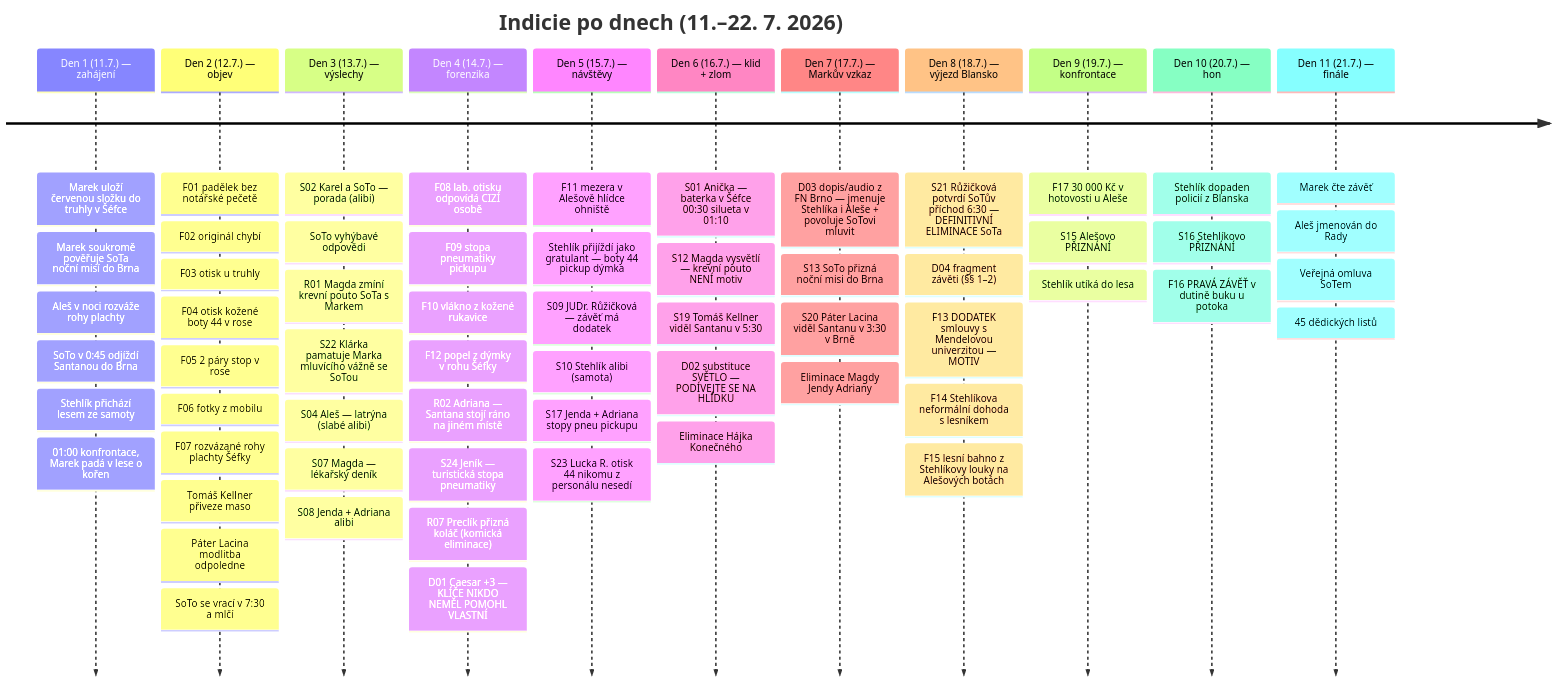
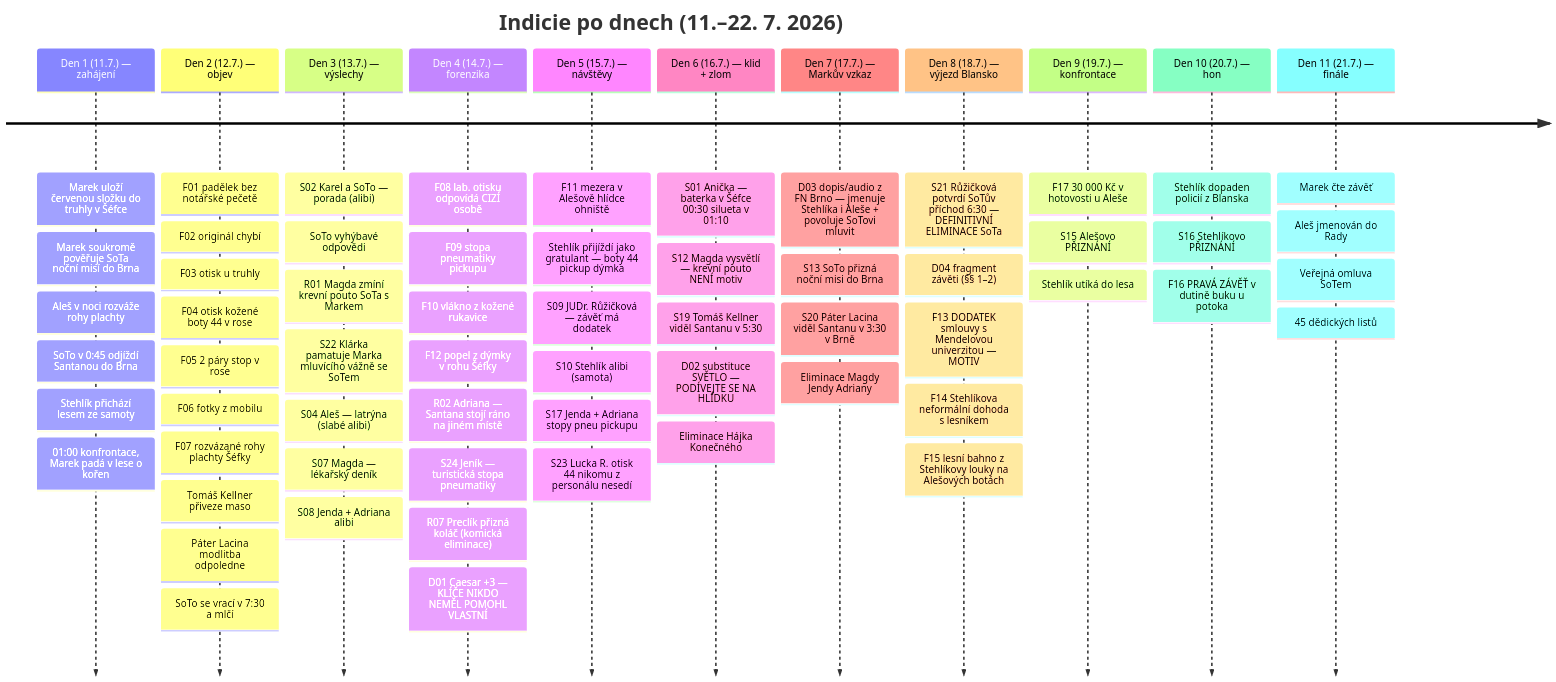
Before and after one commit to sotoniak/tabor_2026: the first of 4 diagrams in 16_STOPY_VIZUAL.md, drawn with Mermaid. The commit also changed other lines of this file and 13 other files, not shown here.

First line of the commit message:
Přejmenovat Tony → SoTo + skloňování SoTou → SoTem

````diff
--- a/16_STOPY_VIZUAL.md
+++ b/16_STOPY_VIZUAL.md
@@ -16,15 +16,15 @@
 ```mermaid
 timeline
     title Indicie po dnech (11.–22. 7. 2026)
     Den 1 (11.7.) — zahájení : Marek uloží červenou složku do truhly v Šéfce : Marek soukromě pověřuje SoTa noční misí do Brna : Aleš v noci rozváže rohy plachty : SoTo v 0:45 odjíždí Santanou do Brna : Stehlík přichází lesem ze samoty : 01:00 konfrontace, Marek padá v lese o kořen
     Den 2 (12.7.) — objev : F01 padělek bez notářské pečetě : F02 originál chybí : F03 otisk u truhly : F04 otisk kožené boty 44 v rose : F05 2 páry stop v rose : F06 fotky z mobilu : F07 rozvázané rohy plachty Šéfky : Tomáš Kellner přiveze maso : Páter Lacina modlitba odpoledne : SoTo se vrací v 7:30 a mlčí
-    Den 3 (13.7.) — výslechy : S02 Karel a SoTo — porada (alibi) : SoTo vyhýbavé odpovědi : R01 Magda zmíní krevní pouto SoTa s Markem : S22 Klárka pamatuje Marka mluvícího vážně se SoTou : S04 Aleš — latrýna (slabé alibi) : S07 Magda — lékařský deník : S08 Jenda + Adriana alibi
+    Den 3 (13.7.) — výslechy : S02 Karel a SoTo — porada (alibi) : SoTo vyhýbavé odpovědi : R01 Magda zmíní krevní pouto SoTa s Markem : S22 Klárka pamatuje Marka mluvícího vážně se SoTem : S04 Aleš — latrýna (slabé alibi) : S07 Magda — lékařský deník : S08 Jenda + Adriana alibi
     Den 4 (14.7.) — forenzika : F08 lab. otisku odpovídá CIZÍ osobě : F09 stopa pneumatiky pickupu : F10 vlákno z kožené rukavice : F12 popel z dýmky v rohu Šéfky : R02 Adriana — Santana stojí ráno na jiném místě : S24 Jeník — turistická stopa pneumatiky : R07 Preclík přizná koláč (komická eliminace) : D01 Caesar +3 — KLÍČE NIKDO NEMĚL POMOHL VLASTNÍ
     Den 5 (15.7.) — návštěvy : F11 mezera v Alešově hlídce ohniště : Stehlík přijíždí jako gratulant — boty 44 pickup dýmka : S09 JUDr. Růžičková — závěť má dodatek : S10 Stehlík alibi (samota) : S17 Jenda + Adriana stopy pneu pickupu : S23 Lucka R. otisk 44 nikomu z personálu nesedí
     Den 6 (16.7.) — klid + zlom : S01 Anička — baterka v Šéfce 00:30 silueta v 01:10 : S12 Magda vysvětlí — krevní pouto NENÍ motiv : S19 Tomáš Kellner viděl Santanu v 5:30 : D02 substituce SVĚTLO — PODÍVEJTE SE NA HLÍDKU : Eliminace Hájka Konečného
     Den 7 (17.7.) — Markův vzkaz : D03 dopis/audio z FN Brno — jmenuje Stehlíka i Aleše + povoluje SoTovi mluvit : S13 SoTo přizná noční misi do Brna : S20 Páter Lacina viděl Santanu v 3:30 v Brně : Eliminace Magdy Jendy Adriany
     Den 8 (18.7.) — výjezd Blansko : S21 Růžičková potvrdí SoTův příchod 6:30 — DEFINITIVNÍ ELIMINACE SoTa : D04 fragment závěti (§§ 1–2) : F13 DODATEK smlouvy s Mendelovou univerzitou — MOTIV : F14 Stehlíkova neformální dohoda s lesníkem : F15 lesní bahno z Stehlíkovy louky na Alešových botách
     Den 9 (19.7.) — konfrontace : F17 30 000 Kč v hotovosti u Aleše : S15 Alešovo PŘIZNÁNÍ : Stehlík utíká do lesa
     Den 10 (20.7.) — hon : Stehlík dopaden policií z Blanska : S16 Stehlíkovo PŘIZNÁNÍ : F16 PRAVÁ ZÁVĚŤ v dutině buku u potoka
     Den 11 (21.7.) — finále : Marek čte závěť : Aleš jmenován do Rady : Veřejná omluva SoTem : 45 dědických listů
 ```
````
